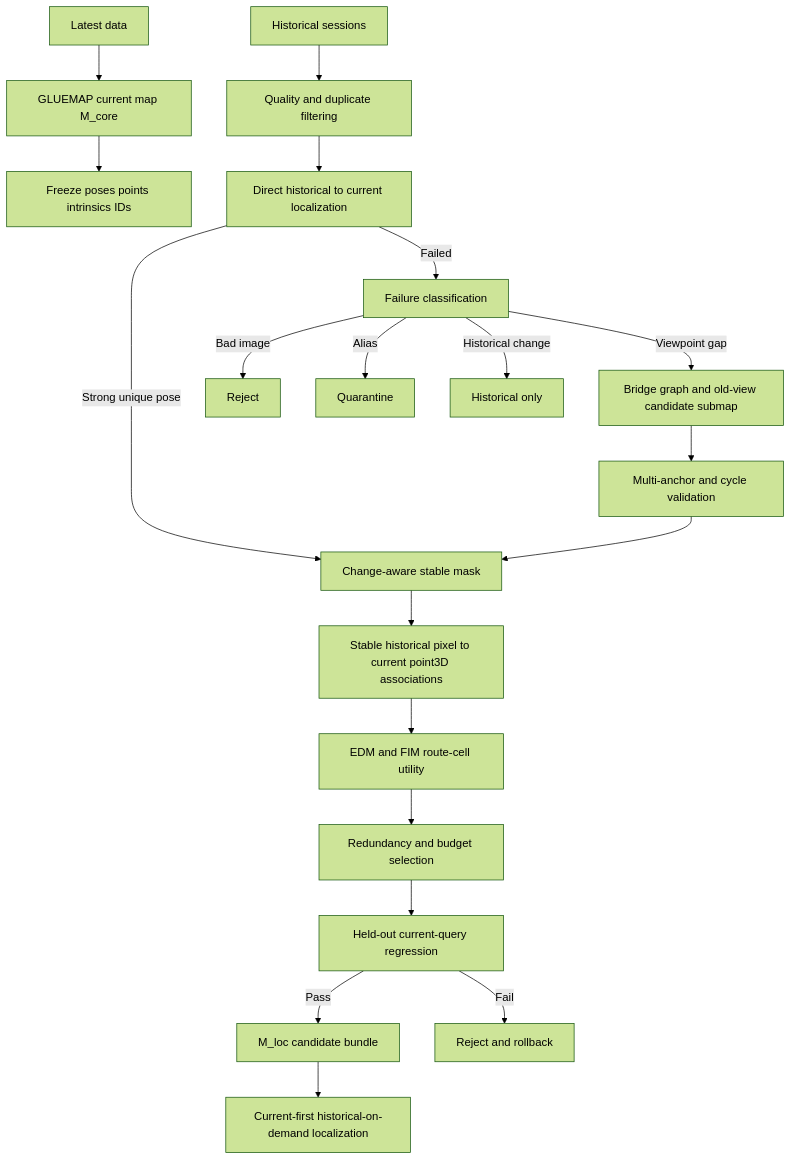
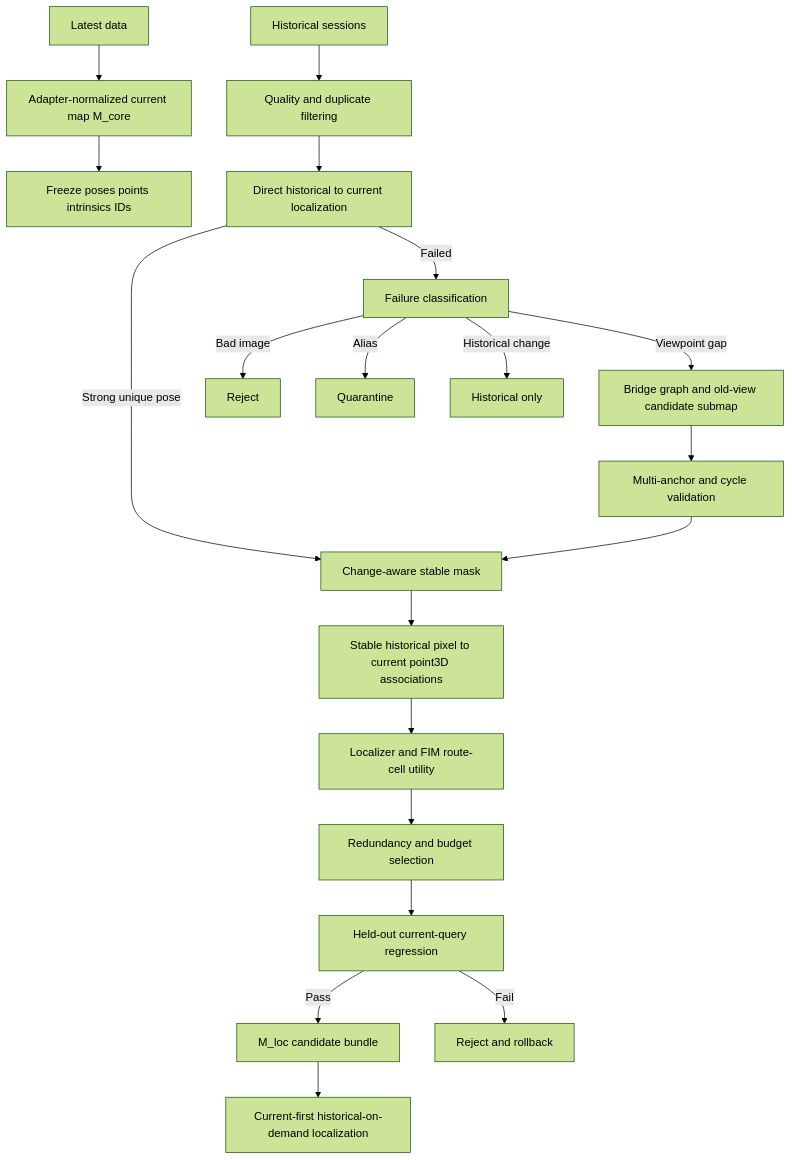
The diagram in map_update/lifelong/README.md (1122-gggggg/mapping), drawn with Mermaid (forest theme) before and after one commit. The commit also changed other lines of this file and 26 other files, not shown here.

````diff
--- a/map_update/lifelong/README.md
+++ b/map_update/lifelong/README.md
@@ -56,22 +56,22 @@
 ```mermaid
 flowchart TD
-    A[Latest data] --> B[GLUEMAP current map M_core]
+    A[Latest data] --> B[Adapter-normalized current map M_core]
     B --> C[Freeze poses points intrinsics IDs]
     H[Historical sessions] --> Q[Quality and duplicate filtering]
     Q --> D[Direct historical to current localization]
     D -->|Strong unique pose| E[Change-aware stable mask]
     D -->|Failed| F[Failure classification]
     F -->|Viewpoint gap| G[Bridge graph and old-view candidate submap]
     F -->|Bad image| X[Reject]
     F -->|Alias| Y[Quarantine]
     F -->|Historical change| Z[Historical only]
     G --> J[Multi-anchor and cycle validation]
     J --> E
     E --> K[Stable historical pixel to current point3D associations]
-    K --> L[EDM and FIM route-cell utility]
+    K --> L[Localizer and FIM route-cell utility]
     L --> M[Redundancy and budget selection]
     M --> N[Held-out current-query regression]
     N -->|Pass| P[M_loc candidate bundle]
     N -->|Fail| R[Reject and rollback]
     P --> S[Current-first historical-on-demand localization]
 ```
````
